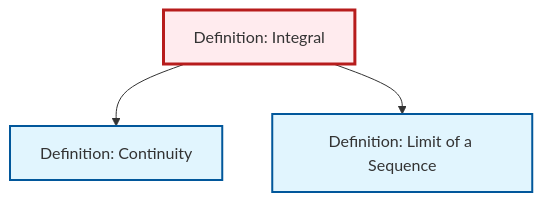
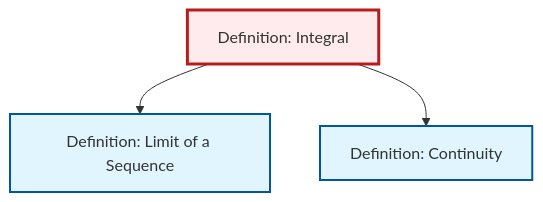
One commit to RK0429/ModernMath changed the diagram in content/en/analysis/def-integral.qmd. Above: the diagram before and after it, drawn with Mermaid. The commit also changed other lines of this file and 360 other files, not shown here.

````diff
--- a/content/en/analysis/def-integral.qmd
+++ b/content/en/analysis/def-integral.qmd
@@ -79,17 +79,17 @@
 ```{mermaid}
 %%| fig-cap: "Local dependency graph"
 graph TD
     classDef definition fill:#e1f5fe,stroke:#01579b,stroke-width:2px
     classDef theorem fill:#f3e5f5,stroke:#4a148c,stroke-width:2px
     classDef axiom fill:#fff3e0,stroke:#e65100,stroke-width:2px
     classDef example fill:#e8f5e9,stroke:#1b5e20,stroke-width:2px
     classDef current fill:#ffebee,stroke:#b71c1c,stroke-width:3px
+    def-limit["Definition: Limit of a Sequence"]:::definition
+    def-integral["Definition: Integral"]:::definition
     def-continuity["Definition: Continuity"]:::definition
-    def-integral["Definition: Integral"]:::definition
-    def-limit["Definition: Limit of a Sequence"]:::definition
+    def-integral --> def-limit
     def-integral --> def-continuity
-    def-integral --> def-limit
     class def-integral current
+    click def-limit "def-limit.html" "Go to Limit of a Sequence definition"
     click def-continuity "def-continuity.html" "Go to Continuity definition"
-    click def-limit "def-limit.html" "Go to Limit of a Sequence definition"
 ```
````
